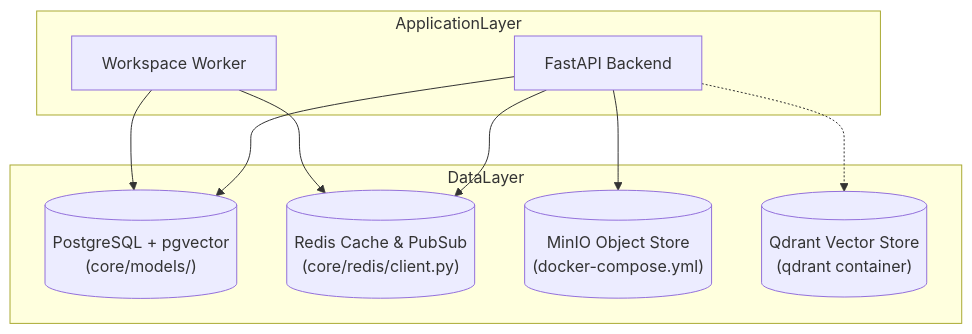
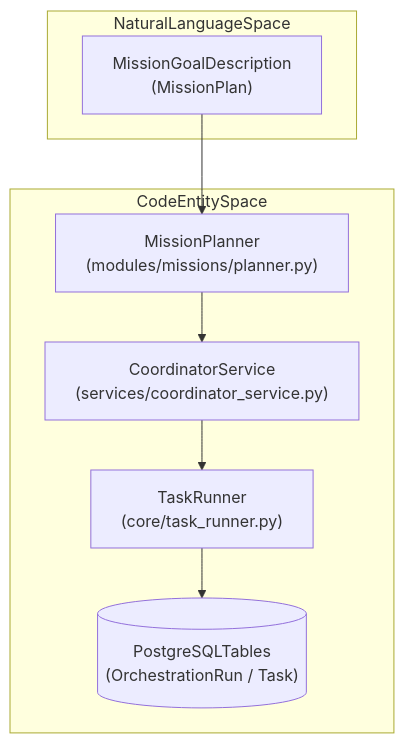
Before and after one commit to AutomatosAI/automatos-ai: the third of 3 diagrams in docs/overview/system-architecture.md, drawn with Mermaid. The commit also changed other lines of this file and 188 other files, not shown here.

First line of the commit message:
docs: refresh architecture docs and add coverage for new subsystems (#1416)

````diff
--- a/docs/overview/system-architecture.md
+++ b/docs/overview/system-architecture.md
@@ -159,22 +162,18 @@
 ```mermaid
 graph TB
-    subgraph "ApplicationLayer"
-        FastAPI[FastAPI Backend]
-        Worker[Workspace Worker]
+    subgraph "NaturalLanguageSpace"
+        GoalDesc["MissionGoalDescription<br/>(MissionPlan)"]
     end
 
-    subgraph "DataLayer"
-        Postgres[("PostgreSQL + pgvector<br/>(core/models/)")]
-        Redis[("Redis Cache & PubSub<br/>(core/redis/client.py)")]
-        MinIO[("MinIO Object Store<br/>(docker-compose.yml)")]
-        Qdrant[("Qdrant Vector Store<br/>(qdrant container)")]
+    subgraph "CodeEntitySpace"
+        MissionPlanner["MissionPlanner<br/>(modules/missions/planner.py)"]
+        CoordinatorSvc["CoordinatorService<br/>(services/coordinator_service.py)"]
+        TaskRunner["TaskRunner<br/>(core/task_runner.py)"]
+        PostgresModels[("PostgreSQLTables<br/>(OrchestrationRun / Task)")]
     end
 
-    FastAPI --> Postgres
-    FastAPI --> Redis
-    FastAPI --> MinIO
-    FastAPI -.-> Qdrant
-
-    Worker --> Postgres
-    Worker --> Redis
+    GoalDesc --> MissionPlanner
+    MissionPlanner --> CoordinatorSvc
+    CoordinatorSvc --> TaskRunner
+    TaskRunner --> PostgresModels
 ```
````
